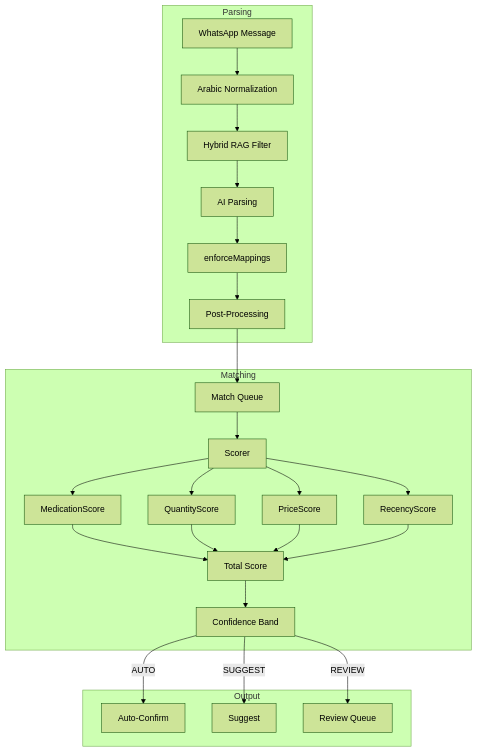
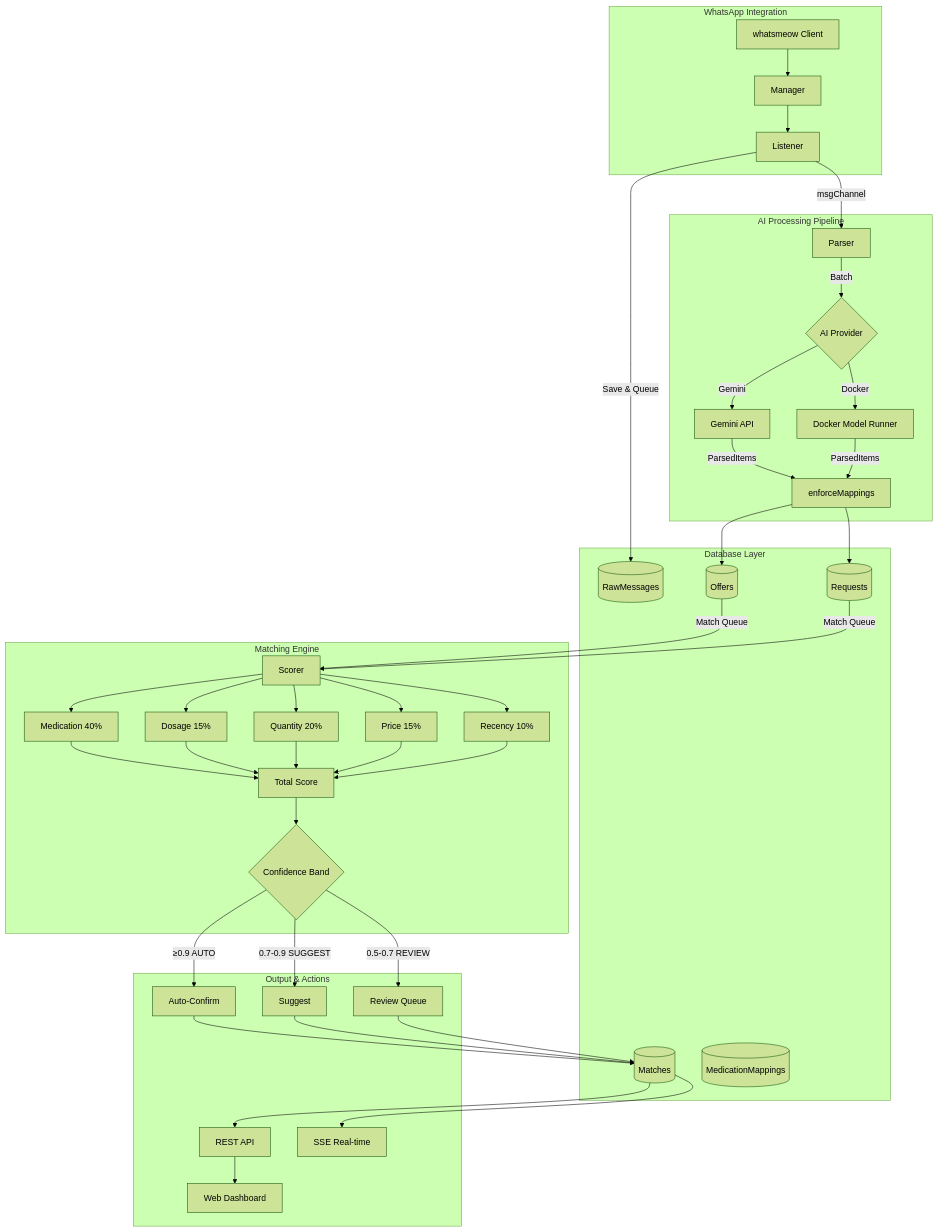
The diagram in Readme.md (sabryio/pharma-broker), drawn with Mermaid (forest theme) before and after one commit. The commit also changed other lines of this file, not shown here.

````diff
--- a/Readme.md
+++ b/Readme.md
@@ -3,27 +25,47 @@
 ```mermaid
 flowchart TB
-    subgraph Parsing
-        M[WhatsApp Message] --> N[Arabic Normalization]
-        N --> H[Hybrid RAG Filter]
-        H --> A[AI Parsing]
-        A --> E[enforceMappings]
-        E --> P[Post-Processing]
+    subgraph WhatsApp["WhatsApp Integration"]
+        WA[whatsmeow Client] --> Manager[Manager]
+        Manager --> Listener[Listener]
     end
 
-    subgraph Matching
-        P --> Q[Match Queue]
-        Q --> S[Scorer]
-        S --> MS[MedicationScore]
-        S --> QS[QuantityScore]
-        S --> PS[PriceScore]
-        S --> RS[RecencyScore]
-        MS & QS & PS & RS --> T[Total Score]
-        T --> C[Confidence Band]
+    subgraph Storage["Database Layer"]
+        RawDB[(RawMessages)]
+        OfferDB[(Offers)]
+        RequestDB[(Requests)]
+        MatchDB[(Matches)]
+        MedDB[(MedicationMappings)]
     end
 
-    subgraph Output
-        C --> |AUTO| AC[Auto-Confirm]
-        C --> |SUGGEST| SG[Suggest]
-        C --> |REVIEW| RV[Review Queue]
+    subgraph Processing["AI Processing Pipeline"]
+        Listener --> |Save & Queue| RawDB
+        Listener --> |msgChannel| Parser[Parser]
+        Parser --> |Batch| AIProvider{AI Provider}
+        AIProvider --> |Gemini| Gemini[Gemini API]
+        AIProvider --> |Docker| Docker[Docker Model Runner]
+        Gemini & Docker --> |ParsedItems| PostProcess[enforceMappings]
+        PostProcess --> OfferDB
+        PostProcess --> RequestDB
+    end
+
+    subgraph Matching["Matching Engine"]
+        OfferDB & RequestDB --> |Match Queue| Scorer[Scorer]
+        Scorer --> MedScore[Medication 40%]
+        Scorer --> DosageScore[Dosage 15%]
+        Scorer --> QtyScore[Quantity 20%]
+        Scorer --> PriceScore[Price 15%]
+        Scorer --> RecencyScore[Recency 10%]
+        MedScore & DosageScore & QtyScore & PriceScore & RecencyScore --> Total[Total Score]
+        Total --> Confidence{Confidence Band}
+    end
+
+    subgraph Output["Output & Actions"]
+        Confidence --> |≥0.9 AUTO| AutoConfirm[Auto-Confirm]
+        Confidence --> |0.7-0.9 SUGGEST| Suggest[Suggest]
+        Confidence --> |0.5-0.7 REVIEW| Review[Review Queue]
+        AutoConfirm & Suggest & Review --> MatchDB
+        MatchDB --> API[REST API]
+        MatchDB --> SSE[SSE Real-time]
+        API --> Dashboard[Web Dashboard]
     end
 ```
````
